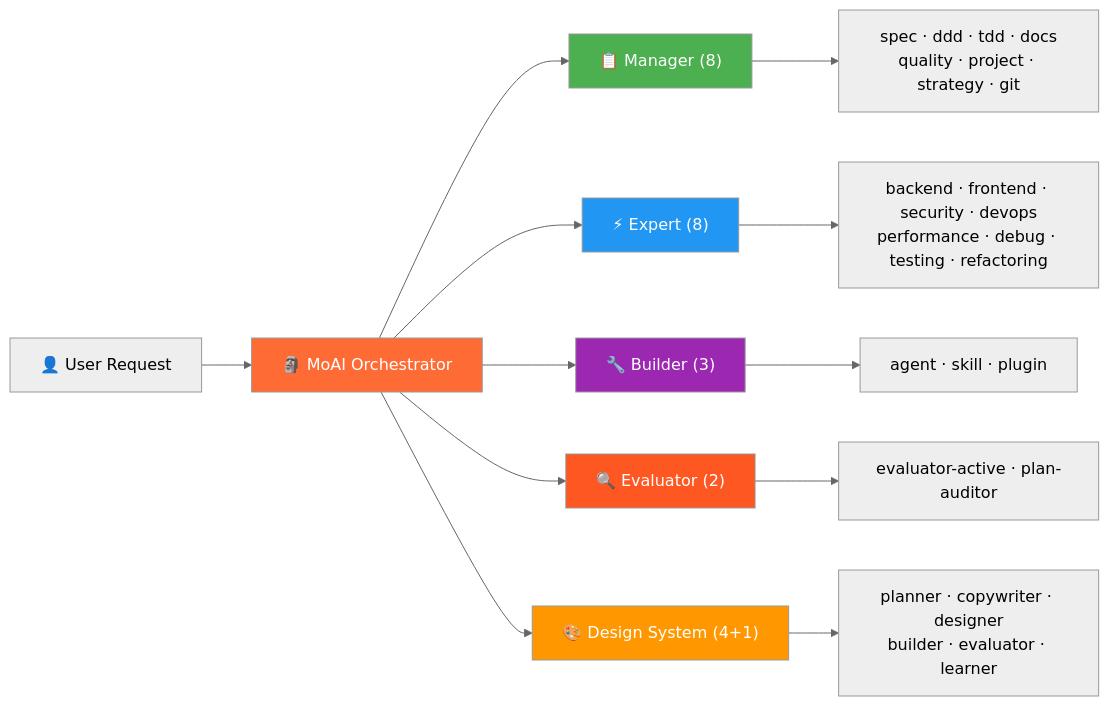
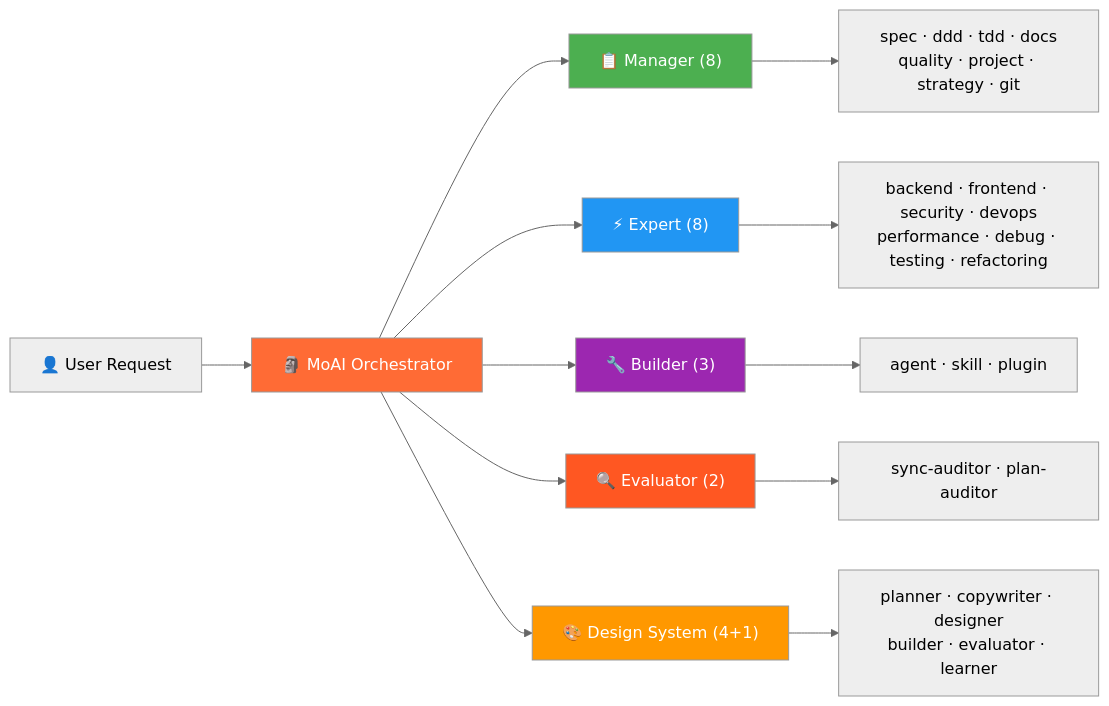
The third of 10 diagrams in README.md (modu-ai/moai-adk), drawn with Mermaid (neutral theme) before and after one commit. The commit also changed other lines of this file and 149 other files, not shown here.

First line of the commit message:
chore(agents): evaluator-active를 sync-auditor로 rename (plan-auditor phase 대칭)

````diff
--- a/README.md
+++ b/README.md
@@ -264,23 +264,23 @@
 ```mermaid
 graph LR
     U["👤 User Request"] --> M["🗿 MoAI Orchestrator"]
 
     M --> MG["📋 Manager (8)"]
     M --> EX["⚡ Expert (8)"]
     M --> BL["🔧 Builder (3)"]
     M --> EV["🔍 Evaluator (2)"]
     M --> AG["🎨 Design System (4+1)"]
 
     MG --> MG1["spec · ddd · tdd · docs<br/>quality · project · strategy · git"]
     EX --> EX1["backend · frontend · security · devops<br/>performance · debug · testing · refactoring"]
     BL --> BL1["agent · skill · plugin"]
-    EV --> EV1["evaluator-active · plan-auditor"]
+    EV --> EV1["sync-auditor · plan-auditor"]
     AG --> AG1["planner · copywriter · designer<br/>builder · evaluator · learner"]
 
     style M fill:#FF6B35,color:#fff
     style MG fill:#4CAF50,color:#fff
     style EX fill:#2196F3,color:#fff
     style BL fill:#9C27B0,color:#fff
     style EV fill:#FF5722,color:#fff
     style AG fill:#FF9800,color:#fff
 ```
````
